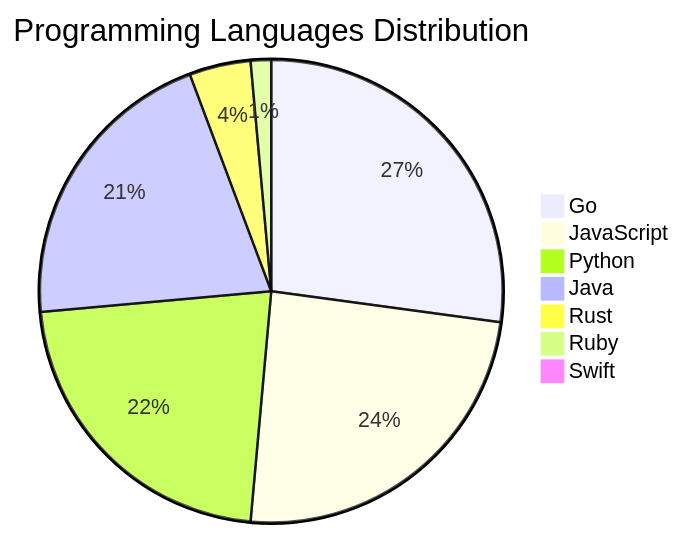
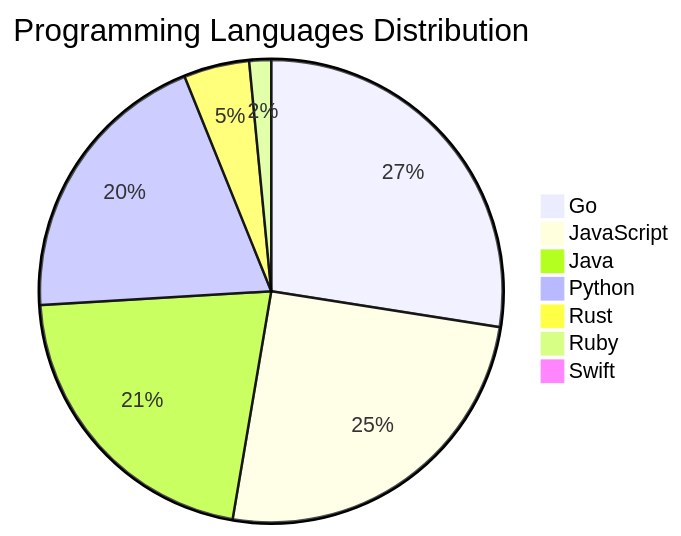
Before and after one commit to Derrick-MUGISHA/github-activity-bot: the diagram in README.md, drawn with Mermaid. The commit also changed other lines of this file and 4 other files, not shown here.

````diff
--- a/README.md
+++ b/README.md
@@ -207,10 +207,10 @@
 ```mermaid
 pie title Programming Languages Distribution
-    "Go" : 38
-    "JavaScript" : 34
-    "Python" : 31
-    "Java" : 29
+    "Go" : 36
+    "JavaScript" : 33
+    "Java" : 28
+    "Python" : 26
     "Rust" : 6
     "Ruby" : 2
     "Swift" : 1
 ```
````
